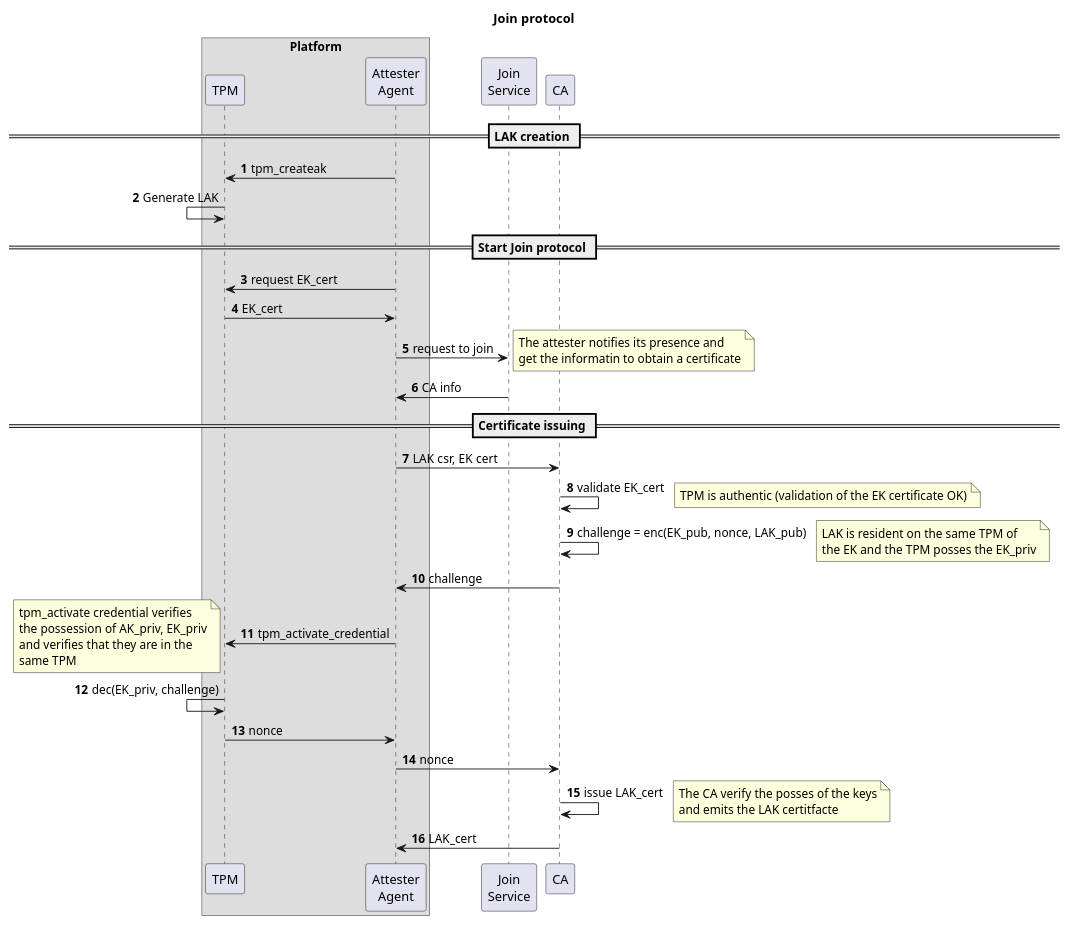
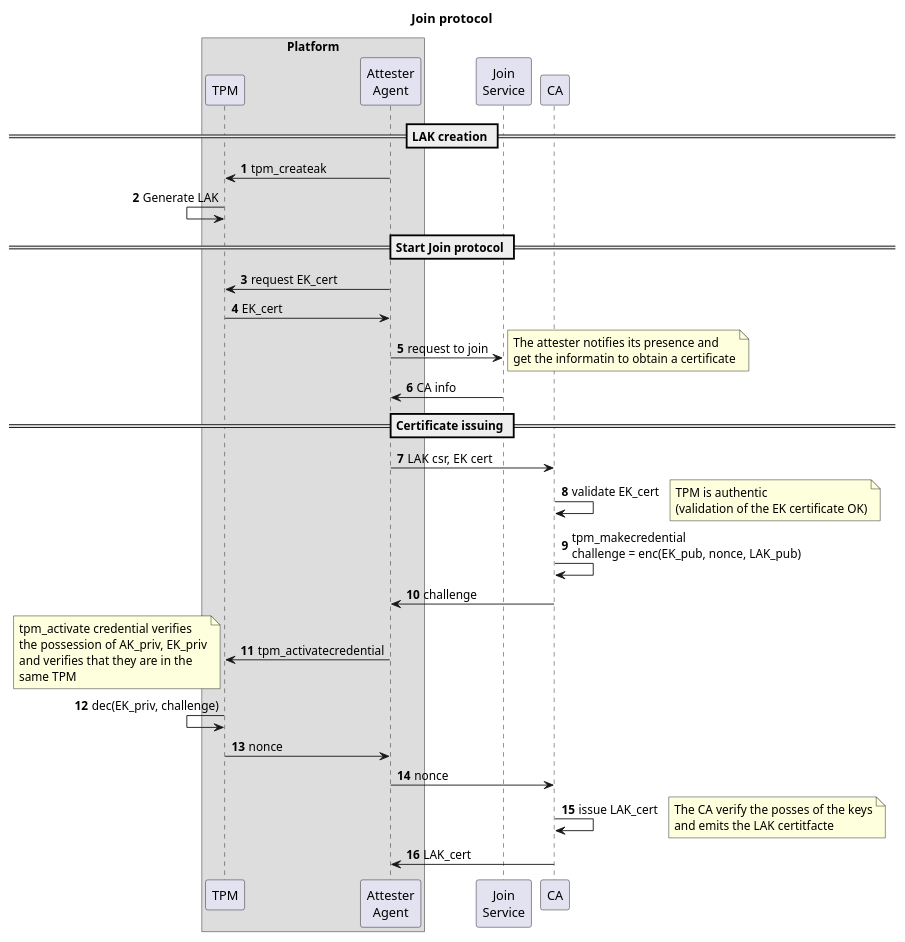
Before and after one commit to Cybersecurity-LINKS/embrave: the diagram in docs/protocols/join.puml, drawn with PlantUML. The commit also changed 10 other files, not shown here.

```diff
--- a/docs/protocols/join.puml
+++ b/docs/protocols/join.puml
@@ -1,55 +1,56 @@
 @startuml join
 title
 Join protocol
 end title
 autonumber
 
 box "Platform"
 participant TPM
 participant "Attester\nAgent" as attester_agent
 endbox
 participant "Join\nService" as join_service
 
 == LAK creation ==
 TPM<-attester_agent: tpm_createak
 TPM<-TPM:  Generate LAK
 
 == Start Join protocol ==
 TPM<-attester_agent: request EK_cert
 TPM->attester_agent: EK_cert
 attester_agent->join_service: request to join
 note right
 The attester notifies its presence and
 get the informatin to obtain a certificate
 end note
 join_service->attester_agent: CA info
 
 == Certificate issuing ==
 attester_agent->CA: LAK csr, EK cert
 CA->CA: validate EK_cert
 note right
-TPM is authentic (validation of the EK certificate OK)
+TPM is authentic
+(validation of the EK certificate OK)
 end note
-CA->CA: challenge = enc(EK_pub, nonce, LAK_pub)
-note right
+CA->CA: tpm_makecredential\nchallenge = enc(EK_pub, nonce, LAK_pub)
+/'note right
 LAK is resident on the same TPM of
 the EK and the TPM posses the EK_priv
-end note
+end note'/
 attester_agent<-CA: challenge
-TPM<-attester_agent: tpm_activate_credential
+TPM<-attester_agent: tpm_activatecredential
 note left
 tpm_activate credential verifies
 the possession of AK_priv, EK_priv
 and verifies that they are in the
 same TPM
 end note
 TPM<-TPM: dec(EK_priv, challenge)
 TPM->attester_agent: nonce
 attester_agent->CA: nonce
 CA->CA: issue LAK_cert
 note right
 The CA verify the posses of the keys
 and emits the LAK certitfacte
 end note
 CA->attester_agent: LAK_cert
 @enduml
```
